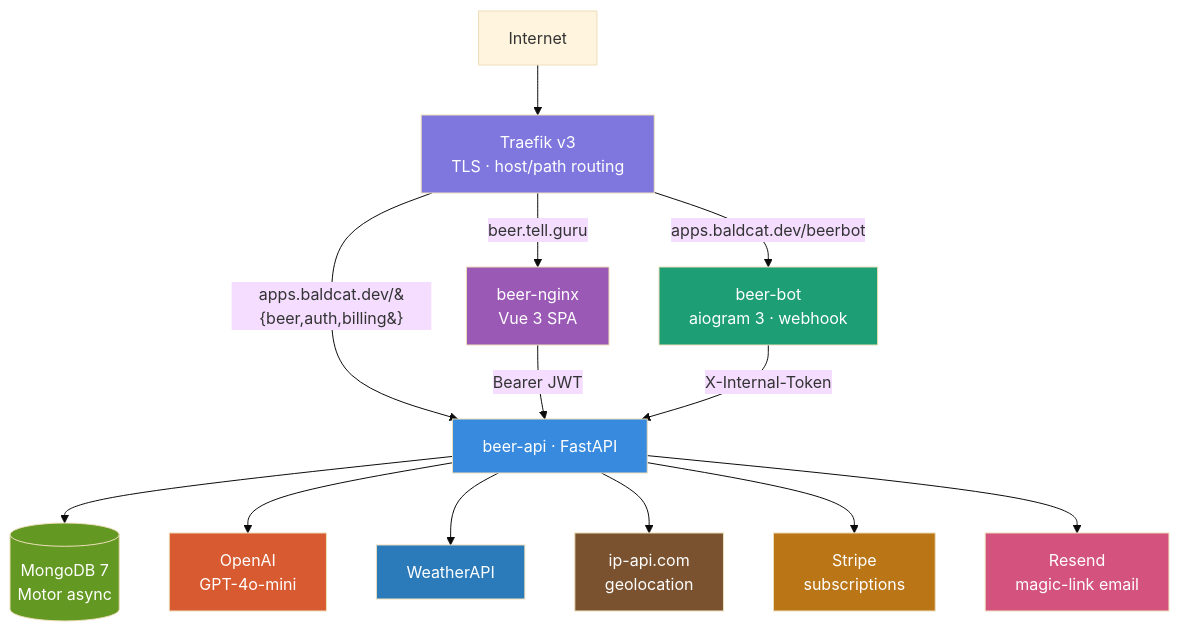
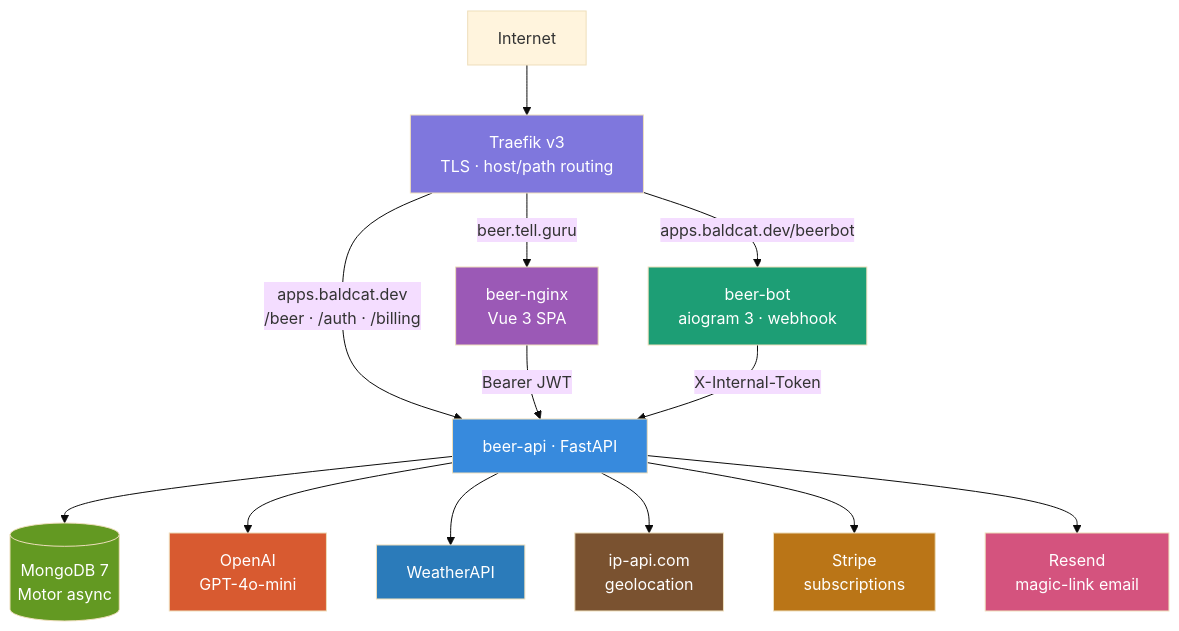
The diagram in README.md (MnimiMi/pullmybeer-showcase), drawn with Mermaid (base theme) before and after one commit.

Commit message:
Fix mermaid diagram: braces in edge label broke GitHub rendering

````diff
--- a/README.md
+++ b/README.md
@@ -25,29 +25,29 @@
 ```mermaid
 graph TD
     A[Internet] --> B["Traefik v3<br/>TLS · host/path routing"]
 
     B -->|beer.tell.guru| E["beer-nginx<br/>Vue 3 SPA"]
     B -->|apps.baldcat.dev/beerbot| C["beer-bot<br/>aiogram 3 · webhook"]
-    B -->|apps.baldcat.dev/&#123;beer,auth,billing&#125;| D["beer-api · FastAPI"]
+    B -->|"apps.baldcat.dev<br/>/beer · /auth · /billing"| D["beer-api · FastAPI"]
 
     E -->|Bearer JWT| D
     C -->|X-Internal-Token| D
 
     D --> F[("MongoDB 7<br/>Motor async")]
     D --> G["OpenAI<br/>GPT-4o-mini"]
     D --> W["WeatherAPI"]
     D --> P["ip-api.com<br/>geolocation"]
     D --> H["Stripe<br/>subscriptions"]
     D --> I["Resend<br/>magic-link email"]
 
     style B fill:#7F77DD,color:#fff
     style C fill:#1D9E75,color:#fff
     style D fill:#378ADD,color:#fff
     style E fill:#9B59B6,color:#fff
     style F fill:#639922,color:#fff
     style G fill:#D85A30,color:#fff
     style W fill:#2b7bba,color:#fff
     style P fill:#7a5230,color:#fff
     style H fill:#BA7517,color:#fff
     style I fill:#D4537E,color:#fff
 ```
````
